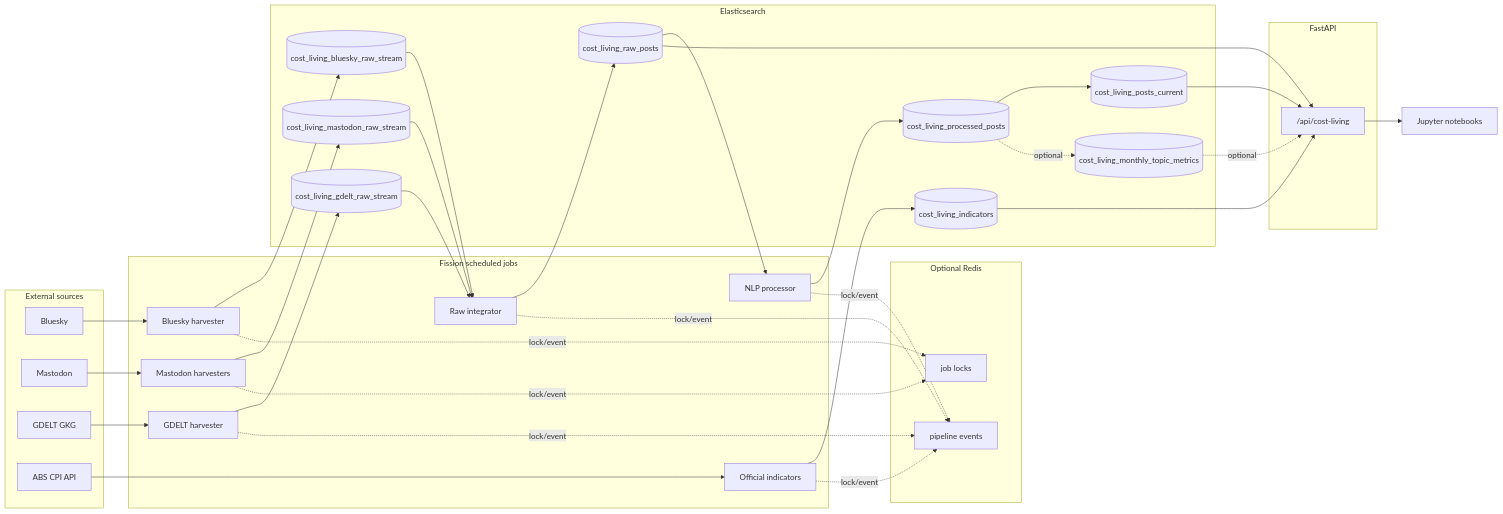
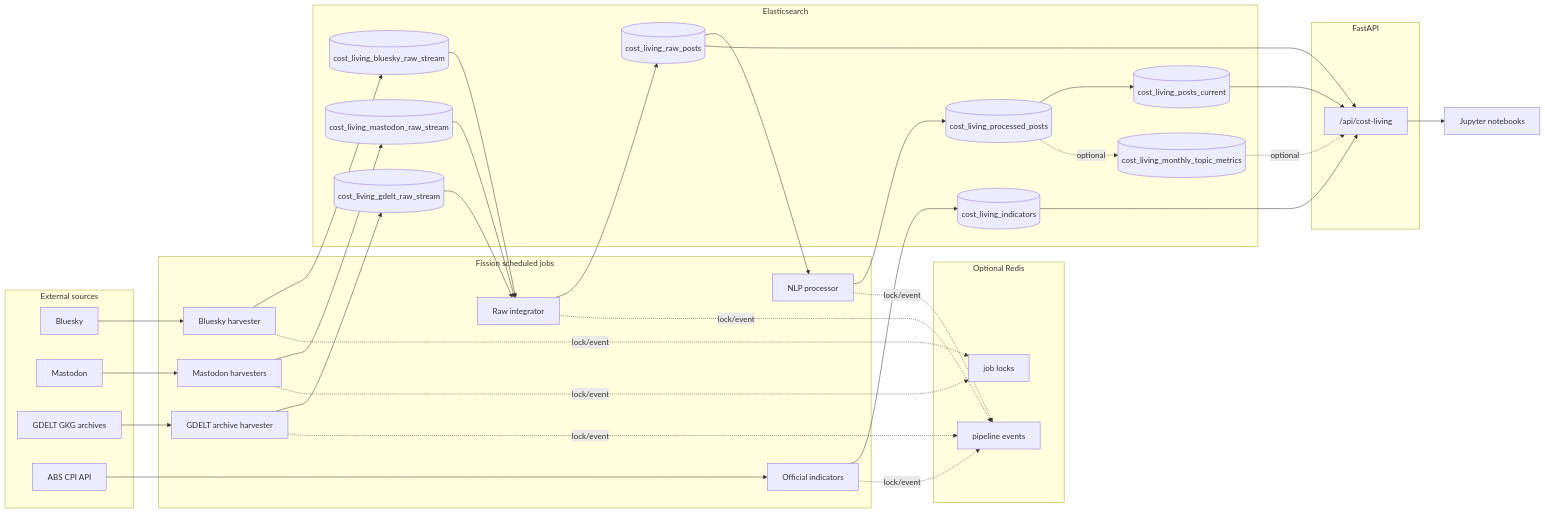
One commit to BlackMirean/cost-living-data-platform changed the diagram in docs/en/architecture.md. Above: the diagram before and after it, drawn with Mermaid. The commit also changed other lines of this file and 29 other files, not shown here.

Commit message:
Unify GDELT archive ingestion and runtime events

````diff
--- a/docs/en/architecture.md
+++ b/docs/en/architecture.md
@@ -13,58 +13,58 @@
 ```mermaid
 flowchart LR
     subgraph Sources["External sources"]
         BS["Bluesky"]
         MA["Mastodon"]
-        GD["GDELT GKG"]
+        GD["GDELT GKG archives"]
         ABS["ABS CPI API"]
     end
 
     subgraph Jobs["Fission scheduled jobs"]
         HBS["Bluesky harvester"]
         HMA["Mastodon harvesters"]
-        HGD["GDELT harvester"]
+        HGD["GDELT archive harvester"]
         RAWINT["Raw integrator"]
         NLP["NLP processor"]
         CPI["Official indicators"]
     end
 
     subgraph Redis["Optional Redis"]
         LOCKS["job locks"]
         EVENTS["pipeline events"]
     end
 
     subgraph ES["Elasticsearch"]
         BSR[("cost_living_bluesky_raw_stream")]
         MAR[("cost_living_mastodon_raw_stream")]
         GDR[("cost_living_gdelt_raw_stream")]
         RAW[("cost_living_raw_posts")]
         PROC[("cost_living_processed_posts")]
         ALIAS[("cost_living_posts_current")]
         IND[("cost_living_indicators")]
         ROLLUP[("cost_living_monthly_topic_metrics")]
     end
 
     subgraph API["FastAPI"]
         ROUTES["/api/cost-living"]
     end
 
     NB["Jupyter notebooks"]
 
     BS --> HBS --> BSR --> RAWINT
     MA --> HMA --> MAR --> RAWINT
     GD --> HGD --> GDR --> RAWINT
     RAWINT --> RAW --> NLP --> PROC --> ALIAS
     ABS --> CPI --> IND
     HBS -. lock/event .-> LOCKS
     HMA -. lock/event .-> LOCKS
     HGD -. lock/event .-> EVENTS
     RAWINT -. lock/event .-> EVENTS
     NLP -. lock/event .-> EVENTS
     CPI -. lock/event .-> EVENTS
     PROC -. optional .-> ROLLUP
     RAW --> ROUTES
     ALIAS --> ROUTES
     IND --> ROUTES
     ROLLUP -. optional .-> ROUTES
     ROUTES --> NB
 ```
````
